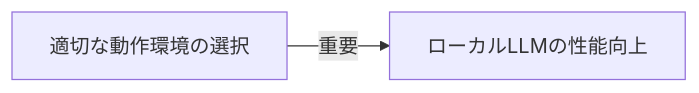
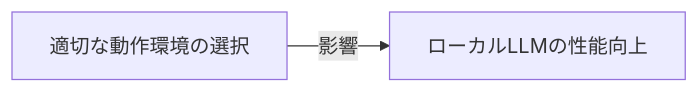
One commit to SparklingDetergent/doc_genai_About_the_local_LLM_operating_environment changed diagram 11 of 11 in README.md. Above: the diagram before and after it, drawn with Mermaid.

````diff
--- a/README.md
+++ b/README.md
@@ -230,4 +230,4 @@
 ```mermaid
 graph LR
-    A[適切な動作環境の選択] -->|重要| B[ローカルLLMの性能向上]
+    A[適切な動作環境の選択] -->|影響| B[ローカルLLMの性能向上]
 ```
````
